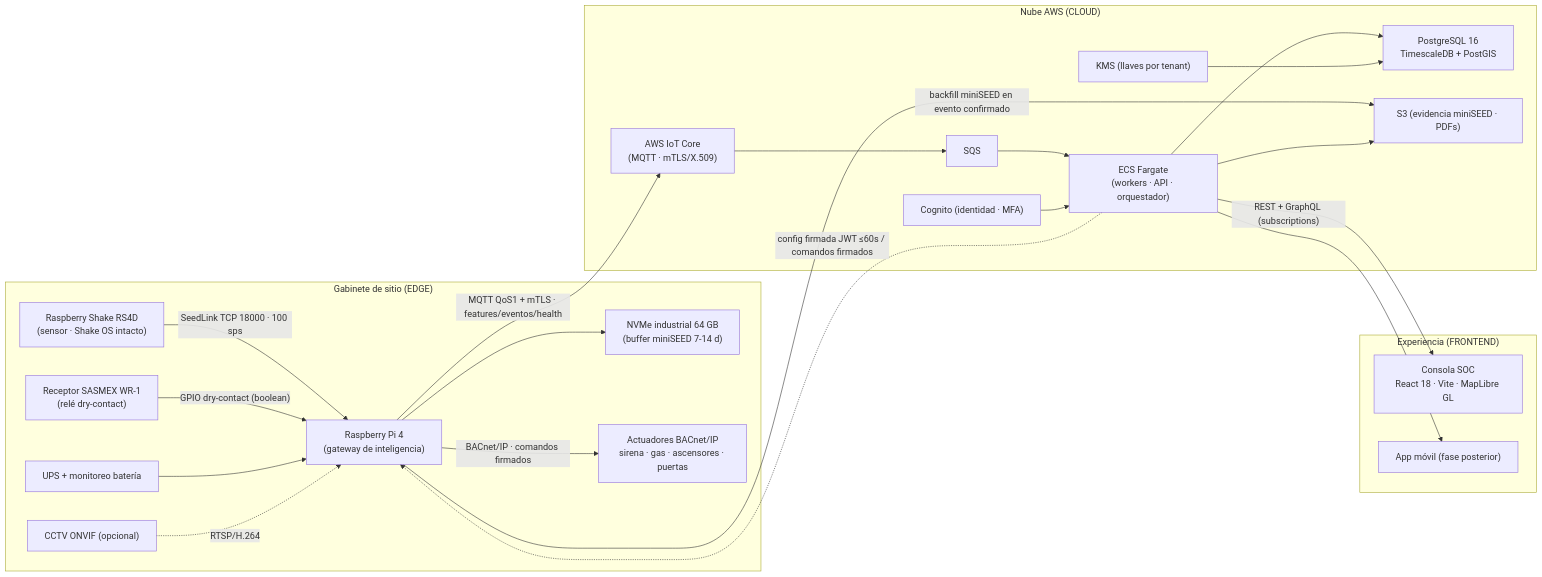
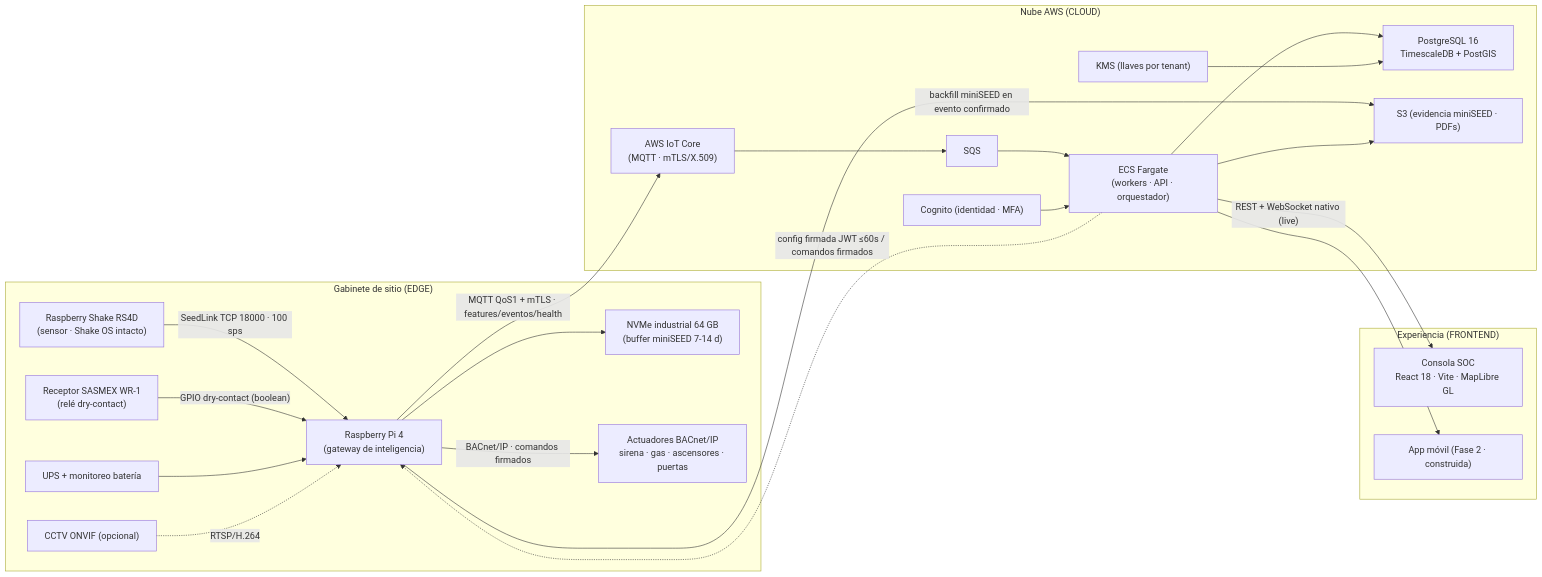
Before and after one commit to MauBautista/alertamiento-sismico: the diagram in takab-docs/BLUEPRINT-TECNICO-TAKAB.md, drawn with Mermaid. The commit also changed other lines of this file and 129 other files, not shown here.

````diff
--- a/takab-docs/BLUEPRINT-TECNICO-TAKAB.md
+++ b/takab-docs/BLUEPRINT-TECNICO-TAKAB.md
@@ -59,45 +59,45 @@
 ```mermaid
 flowchart LR
   subgraph Gabinete["Gabinete de sitio (EDGE)"]
     RS["Raspberry Shake RS4D\n(sensor · Shake OS intacto)"]
     WR1["Receptor SASMEX WR-1\n(relé dry-contact)"]
     PI["Raspberry Pi 4\n(gateway de inteligencia)"]
     SSD["NVMe industrial 64 GB\n(buffer miniSEED 7-14 d)"]
     UPS["UPS + monitoreo batería"]
     BAC["Actuadores BACnet/IP\nsirena · gas · ascensores · puertas"]
     CCTV["CCTV ONVIF (opcional)"]
 
     RS -->|"SeedLink TCP 18000 · 100 sps"| PI
     WR1 -->|"GPIO dry-contact (boolean)"| PI
     PI --> SSD
     UPS --> PI
     PI -->|"BACnet/IP · comandos firmados"| BAC
     CCTV -.->|"RTSP/H.264"| PI
   end
 
   subgraph Cloud["Nube AWS (CLOUD)"]
     IOT["AWS IoT Core\n(MQTT · mTLS/X.509)"]
     SQS["SQS"]
     ECS["ECS Fargate\n(workers · API · orquestador)"]
     PG["PostgreSQL 16\nTimescaleDB + PostGIS"]
     S3["S3 (evidencia miniSEED · PDFs)"]
     COG["Cognito (identidad · MFA)"]
     KMS["KMS (llaves por tenant)"]
   end
 
   subgraph Front["Experiencia (FRONTEND)"]
     WEB["Consola SOC\nReact 18 · Vite · MapLibre GL"]
-    MOB["App móvil (fase posterior)"]
+    MOB["App móvil (Fase 2 · construida)"]
   end
 
   PI -->|"MQTT QoS1 + mTLS · features/eventos/health"| IOT
   PI -->|"backfill miniSEED en evento confirmado"| S3
   IOT --> SQS --> ECS
   ECS --> PG
   ECS --> S3
   COG --> ECS
   KMS --> PG
-  ECS -->|"REST + GraphQL (subscriptions)"| WEB
+  ECS -->|"REST + WebSocket nativo (live)"| WEB
   ECS --> MOB
   ECS -.->|"config firmada JWT ≤60s / comandos firmados"| PI
 ```
````
